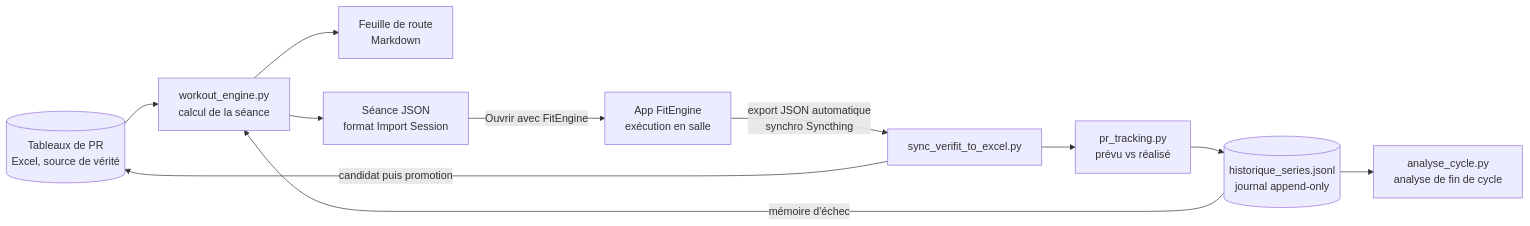
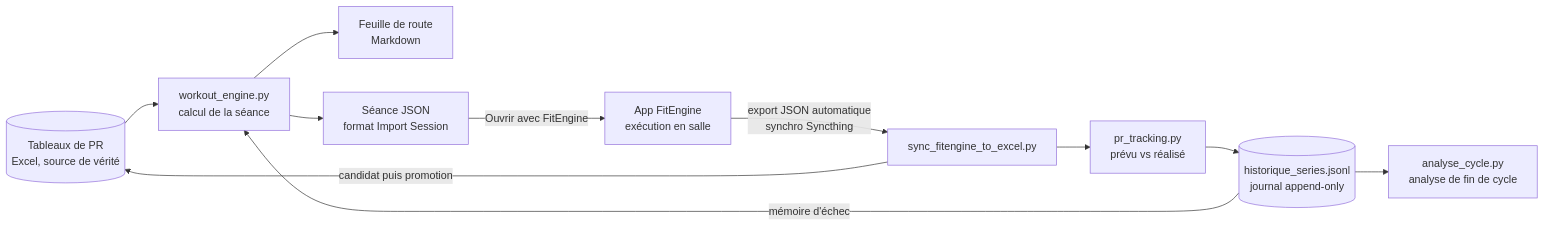
The diagram in README.md (GlouBoux/verifit), drawn with Mermaid before and after one commit. The commit also changed other lines of this file and 15 other files, not shown here.

First line of the commit message:
docs: sync_fitengine_to_excel.py dans README et session-import-format

````diff
--- a/README.md
+++ b/README.md
@@ -22,13 +22,13 @@
 ```mermaid
 flowchart LR
     X[(Tableaux de PR<br/>Excel, source de vérité)] --> E[workout_engine.py<br/>calcul de la séance]
     E --> MD[Feuille de route<br/>Markdown]
     E --> J[Séance JSON<br/>format Import Session]
     J -->|Ouvrir avec FitEngine| A[App FitEngine<br/>exécution en salle]
-    A -->|export JSON automatique<br/>synchro Syncthing| S[sync_verifit_to_excel.py]
+    A -->|export JSON automatique<br/>synchro Syncthing| S[sync_fitengine_to_excel.py]
     S -->|candidat puis promotion| X
     S --> T[pr_tracking.py<br/>prévu vs réalisé]
     T --> H[(historique_series.jsonl<br/>journal append-only)]
     H -->|mémoire d'échec| E
     H --> C[analyse_cycle.py<br/>analyse de fin de cycle]
 ```
````
